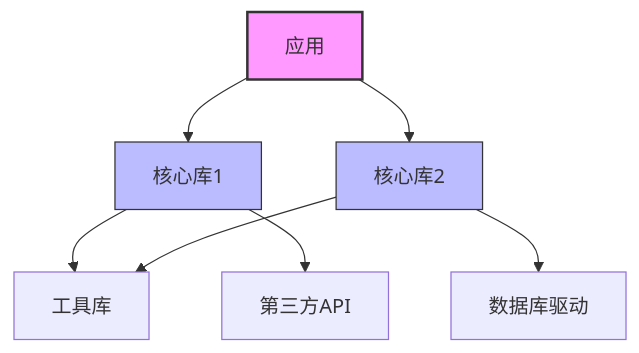
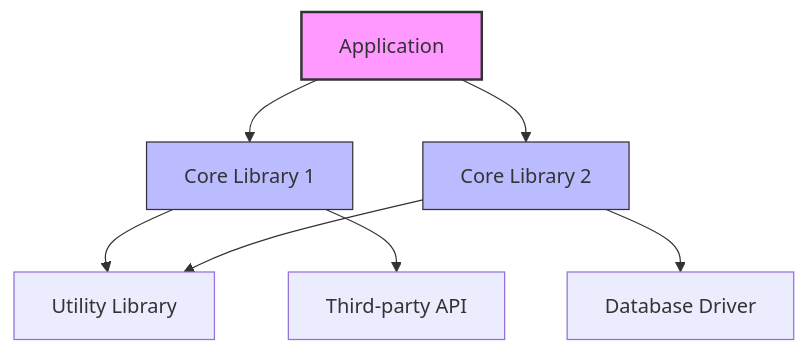
The second of 16 diagrams in TEMPLATE.md (mjczz/project-analyzer), drawn with Mermaid before and after one commit. The commit also changed other lines of this file and 8 other files, not shown here.

````diff
--- a/TEMPLATE.md
+++ b/TEMPLATE.md
@@ -57,13 +57,13 @@
 ```mermaid
 graph TD
-    A[应用] --> B[核心库1]
-    A --> C[核心库2]
-    B --> D[工具库]
+    A[Application] --> B[Core Library 1]
+    A --> C[Core Library 2]
+    B --> D[Utility Library]
     C --> D
-    B --> E[第三方API]
-    C --> F[数据库驱动]
+    B --> E[Third-party API]
+    C --> F[Database Driver]
 
     style A fill:#f9f,stroke:#333,stroke-width:2px
     style B fill:#bbf,stroke:#333,stroke-width:1px
     style C fill:#bbf,stroke:#333,stroke-width:1px
 ```
````
